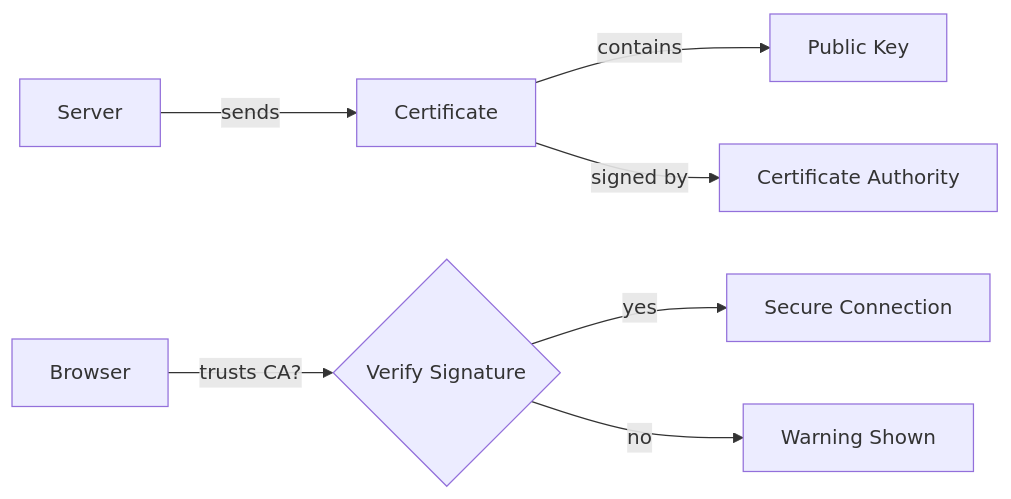
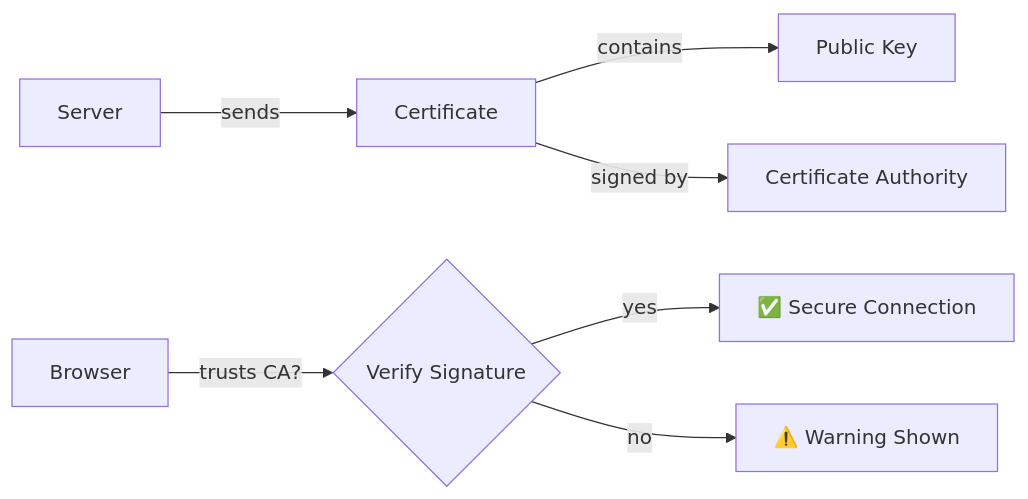
The seventh of 12 diagrams in CyberSecurity CS50.md (namaewafaisal/Obsidian_Vault), drawn with Mermaid before and after one commit. The commit also changed other lines of this file, not shown here.

````diff
--- a/CyberSecurity CS50.md
+++ b/CyberSecurity CS50.md
@@ -927,9 +482,9 @@
 ```mermaid
 graph LR
     Server -->|sends| Cert[Certificate]
     Cert -->|contains| PubKey[Public Key]
     Cert -->|signed by| CA[Certificate Authority]
     Browser -->|trusts CA?| Verify{Verify Signature}
-    Verify -->|yes| Secure[Secure Connection]
-    Verify -->|no| Warn[Warning Shown]
+    Verify -->|yes| Secure[✅ Secure Connection]
+    Verify -->|no| Warn[⚠️ Warning Shown]
 ```
````
